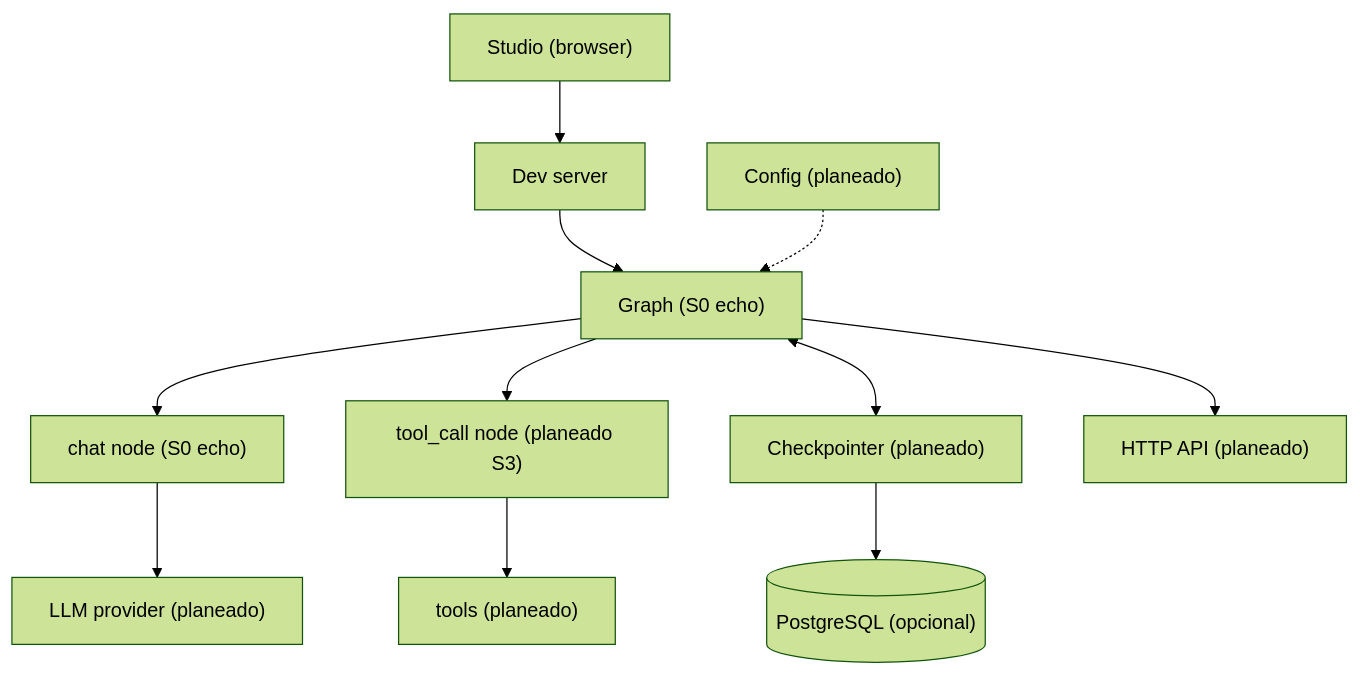
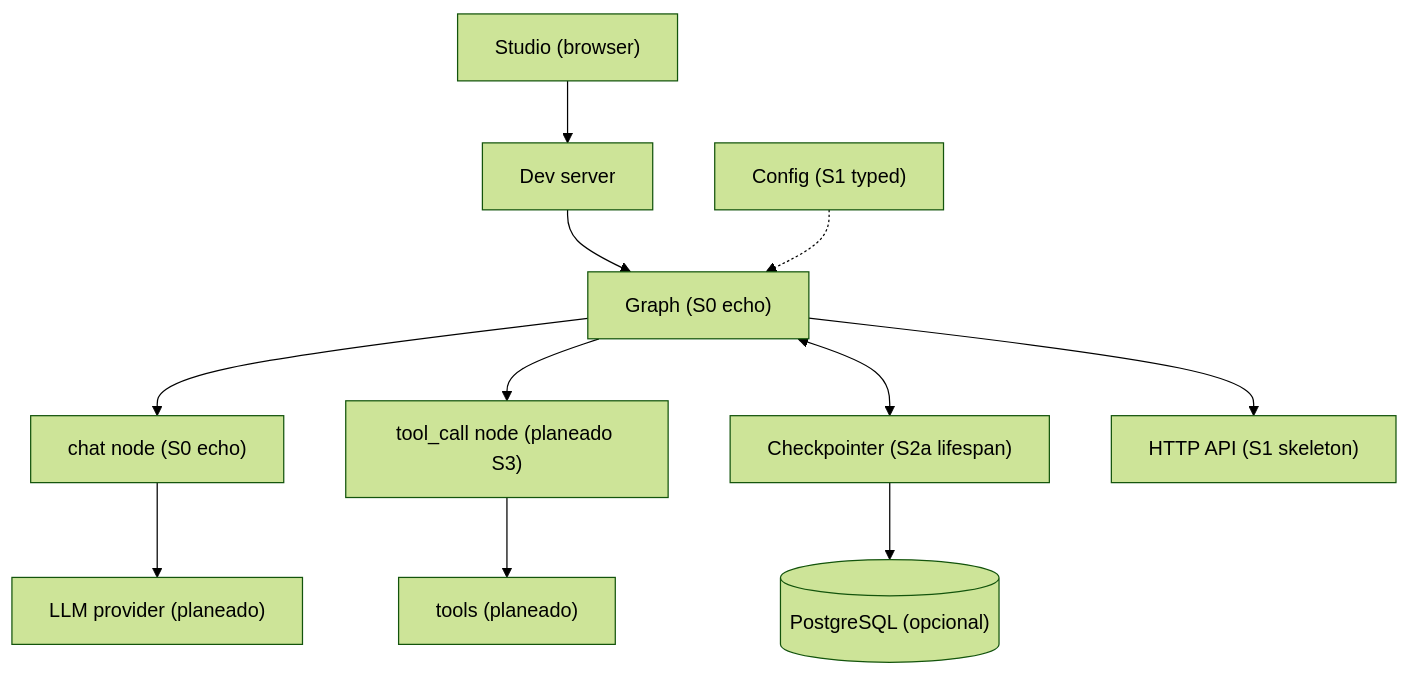
The first of 3 diagrams in docs/architecture.md (dinoesau/langgraph-template), drawn with Mermaid (forest theme) before and after one commit. The commit also changed other lines of this file and 27 other files, not shown here.

````diff
--- a/docs/architecture.md
+++ b/docs/architecture.md
@@ -11,13 +12,13 @@
 ```mermaid
 graph TB
     Studio["Studio (browser)"] --> Dev["Dev server"]
     Dev --> Graph["Graph (S0 echo)"]
     Graph --> Chat["chat node (S0 echo)"]
     Graph --> ToolCall["tool_call node (planeado S3)"]
     Chat --> LLM["LLM provider (planeado)"]
     ToolCall --> Tools["tools (planeado)"]
-    Graph <--> Ckpt["Checkpointer (planeado)"]
+    Graph <--> Ckpt["Checkpointer (S2a lifespan)"]
     Ckpt --> PG[("PostgreSQL (opcional)")]
-    Graph --> API["HTTP API (planeado)"]
-    Cfg["Config (planeado)"] -.-> Graph
+    Graph --> API["HTTP API (S1 skeleton)"]
+    Cfg["Config (S1 typed)"] -.-> Graph
 ```
````
